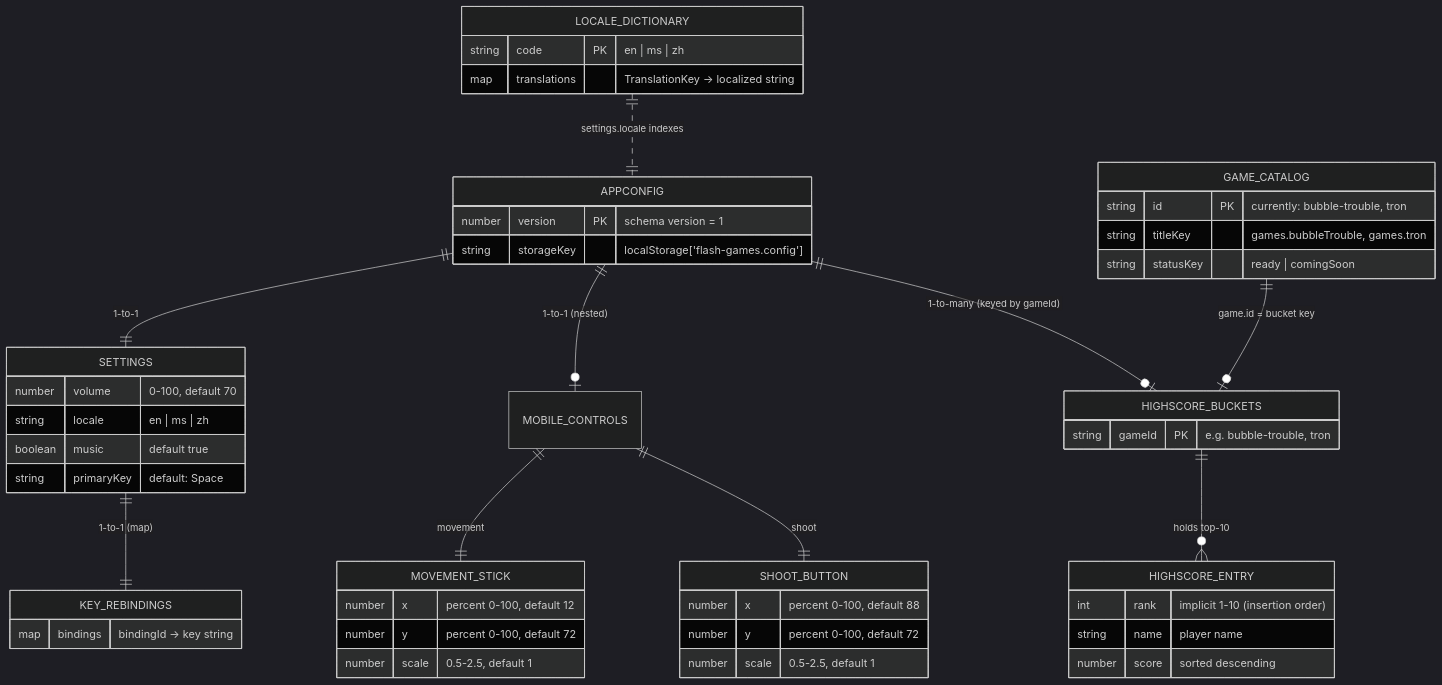
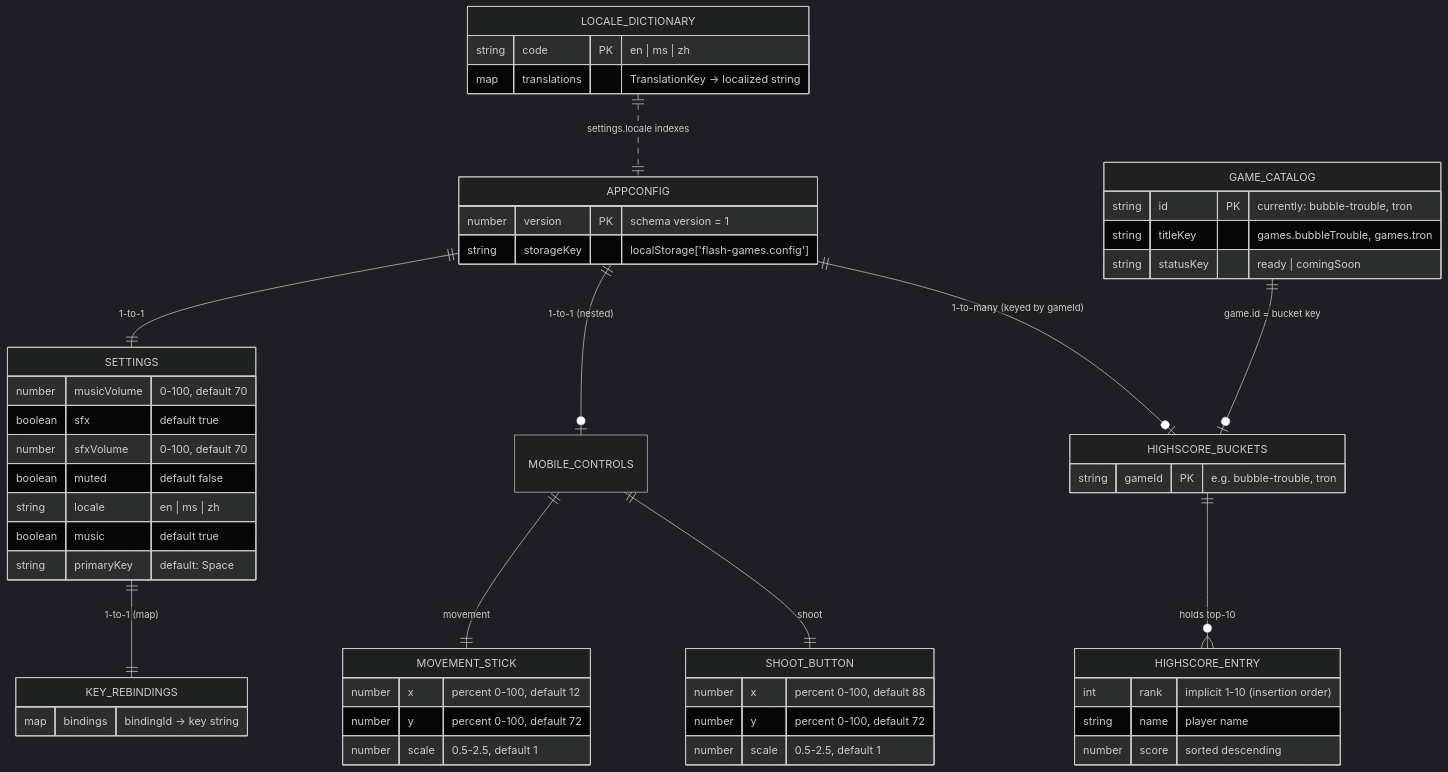
The diagram in .github/diagram/database-schema.md (EdwardOYM/react-flash-games), drawn with Mermaid (dark theme) before and after one commit. The commit also changed other lines of this file and 10 other files, not shown here.

````diff
--- a/.github/diagram/database-schema.md
+++ b/.github/diagram/database-schema.md
@@ -28,58 +31,61 @@
 ```mermaid
 erDiagram
     APPCONFIG ||--|| SETTINGS : "1-to-1"
     APPCONFIG ||--o| MOBILE_CONTROLS : "1-to-1 (nested)"
     APPCONFIG ||--o| HIGHSCORE_BUCKETS : "1-to-many (keyed by gameId)"
     APPCONFIG {
         number version PK "schema version = 1"
         string storageKey "localStorage['flash-games.config']"
     }
 
     SETTINGS ||--|| KEY_REBINDINGS : "1-to-1 (map)"
     SETTINGS {
-        number volume "0-100, default 70"
+        number musicVolume "0-100, default 70"
+        boolean sfx "default true"
+        number sfxVolume "0-100, default 70"
+        boolean muted "default false"
         string locale "en | ms | zh"
         boolean music "default true"
         string primaryKey "default: Space"
     }
 
     KEY_REBINDINGS {
         map bindings "bindingId -> key string"
     }
 
     MOBILE_CONTROLS ||--|| MOVEMENT_STICK : "movement"
     MOBILE_CONTROLS ||--|| SHOOT_BUTTON : "shoot"
     MOVEMENT_STICK {
         number x "percent 0-100, default 12"
         number y "percent 0-100, default 72"
         number scale "0.5-2.5, default 1"
     }
     SHOOT_BUTTON {
         number x "percent 0-100, default 88"
         number y "percent 0-100, default 72"
         number scale "0.5-2.5, default 1"
     }
 
     GAME_CATALOG {
         string id PK "currently: bubble-trouble, tron"
         string titleKey "games.bubbleTrouble, games.tron"
         string statusKey "ready | comingSoon"
     }
     GAME_CATALOG ||--o| HIGHSCORE_BUCKETS : "game.id = bucket key"
 
     HIGHSCORE_BUCKETS {
         string gameId PK "e.g. bubble-trouble, tron"
     }
     HIGHSCORE_BUCKETS ||--o{ HIGHSCORE_ENTRY : "holds top-10"
     HIGHSCORE_ENTRY {
         int rank "implicit 1-10 (insertion order)"
         string name "player name"
         number score "sorted descending"
     }
 
     LOCALE_DICTIONARY ||..|| APPCONFIG : "settings.locale indexes"
     LOCALE_DICTIONARY {
         string code PK "en | ms | zh"
         map translations "TranslationKey -> localized string"
     }
 ```
````
